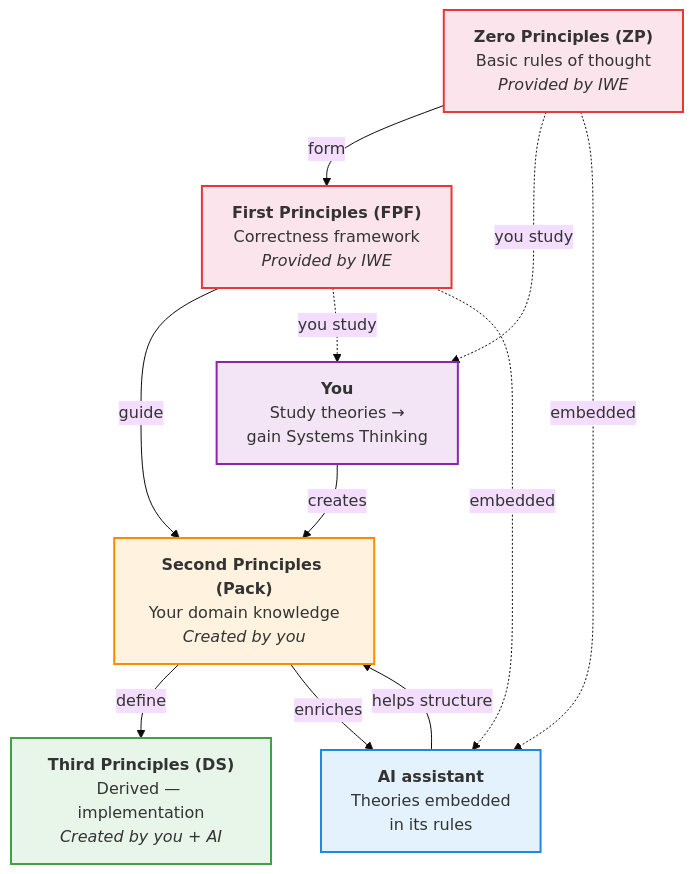
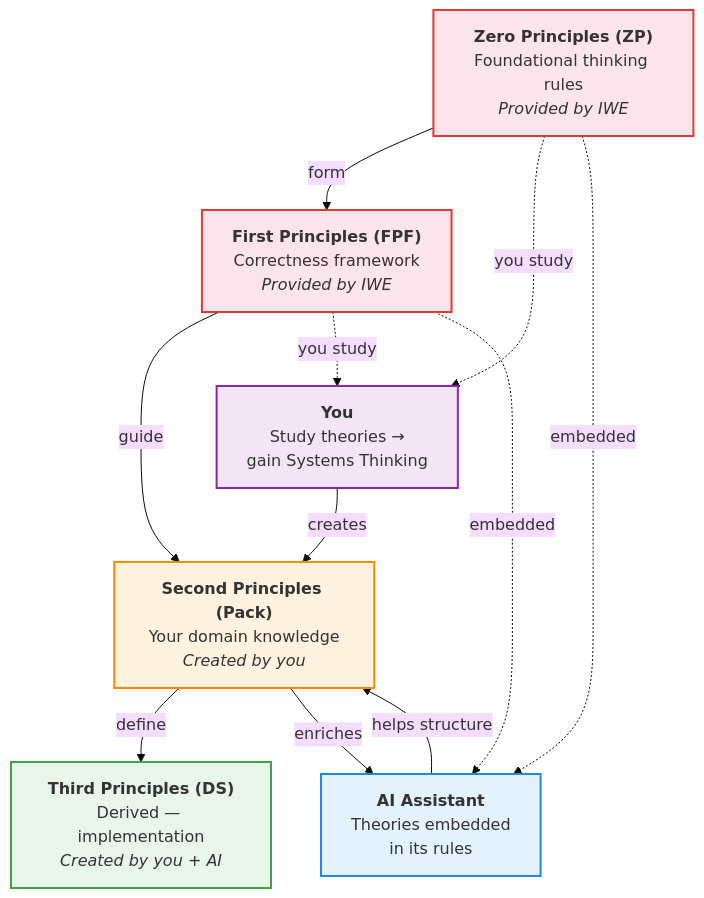
One commit to iwesys/IWE changed the third of 3 diagrams in docs/onboarding/onboarding-guide.md. Above: the diagram before and after it, drawn with Mermaid (base theme). The commit also changed other lines of this file and 6 other files, not shown here.

````diff
--- a/docs/onboarding/onboarding-guide.md
+++ b/docs/onboarding/onboarding-guide.md
@@ -296,29 +296,29 @@
 ```mermaid
 graph TD
-    ZP["<b>Zero Principles (ZP)</b><br/>Basic rules of thought<br/><i>Provided by IWE</i>"]
+    ZP["<b>Zero Principles (ZP)</b><br/>Foundational thinking rules<br/><i>Provided by IWE</i>"]
     FPF["<b>First Principles (FPF)</b><br/>Correctness framework<br/><i>Provided by IWE</i>"]
     PACK["<b>Second Principles (Pack)</b><br/>Your domain knowledge<br/><i>Created by you</i>"]
     DS["<b>Third Principles (DS)</b><br/>Derived — implementation<br/><i>Created by you + AI</i>"]
 
     ZP -->|"form"| FPF
     FPF -->|"guide"| PACK
     PACK -->|"define"| DS
 
     USER["<b>You</b><br/>Study theories →<br/>gain Systems Thinking"]
-    AI["<b>AI assistant</b><br/>Theories embedded<br/>in its rules"]
+    AI["<b>AI Assistant</b><br/>Theories embedded<br/>in its rules"]
 
     ZP -.->|"you study"| USER
     FPF -.->|"you study"| USER
     ZP -.->|"embedded"| AI
     FPF -.->|"embedded"| AI
     USER -->|"creates"| PACK
     PACK -->|"enriches"| AI
     AI -->|"helps structure"| PACK
 
     style ZP fill:#fce4ec,stroke:#e53935,stroke-width:2px
     style FPF fill:#fce4ec,stroke:#e53935,stroke-width:2px
     style PACK fill:#fff3e0,stroke:#fb8c00,stroke-width:2px
     style DS fill:#e8f5e9,stroke:#43a047,stroke-width:2px
     style USER fill:#f3e5f5,stroke:#8e24aa,stroke-width:2px
     style AI fill:#e3f2fd,stroke:#1e88e5,stroke-width:2px
 ```
````
